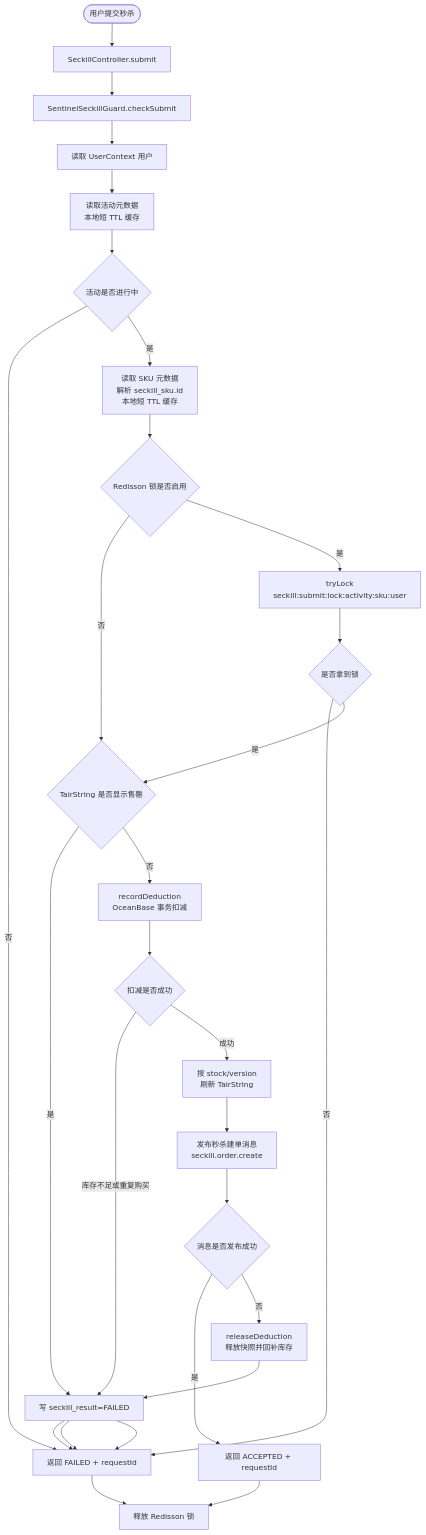
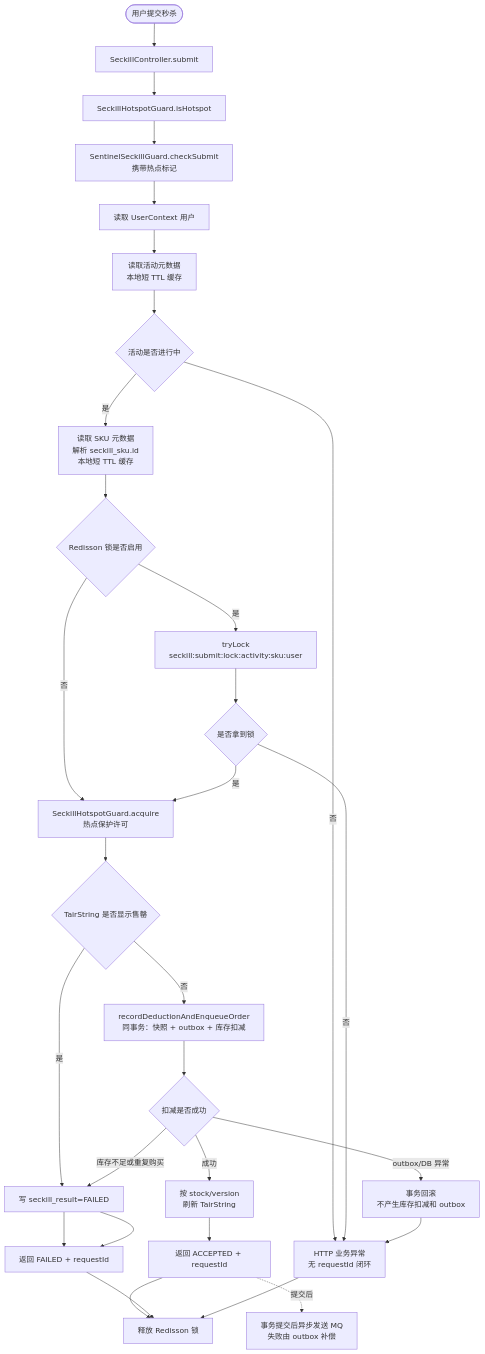
The second of 6 diagrams in docs/seckill-current-architecture-flow.md (fenglingyidong/mall), drawn with Mermaid before and after one commit. The commit also changed other lines of this file and 40 other files, not shown here.

````diff
--- a/docs/seckill-current-architecture-flow.md
+++ b/docs/seckill-current-architecture-flow.md
@@ -81,40 +92,45 @@
 ```mermaid
 flowchart TD
     Start([用户提交秒杀])
     Api[SeckillController.submit]
-    Limit[SentinelSeckillGuard.checkSubmit]
+    HotspotCheck[SeckillHotspotGuard.isHotspot]
+    Limit[SentinelSeckillGuard.checkSubmit<br/>携带热点标记]
     User[读取 UserContext 用户]
     Activity[读取活动元数据<br/>本地短 TTL 缓存]
     Active{活动是否进行中}
     Sku[读取 SKU 元数据<br/>解析 seckill_sku.id<br/>本地短 TTL 缓存]
     LockEnabled{Redisson 锁是否启用}
     Lock[tryLock<br/>seckill:submit:lock:activity:sku:user]
     LockOk{是否拿到锁}
+    HotspotPermit[SeckillHotspotGuard.acquire<br/>热点保护许可]
     CacheSoldOut{TairString 是否显示售罄}
-    Deduct[recordDeduction<br/>OceanBase 事务扣减]
+    Deduct[recordDeductionAndEnqueueOrder<br/>同事务：快照 + outbox + 库存扣减]
     DeductOk{扣减是否成功}
     Refresh[按 stock/version<br/>刷新 TairString]
-    Publish[发布秒杀建单消息<br/>seckill.order.create]
-    PublishOk{消息是否发布成功}
-    Release[releaseDeduction<br/>释放快照并回补库存]
+    AfterCommit[事务提交后异步发送 MQ<br/>失败由 outbox 补偿]
     SaveFail[写 seckill_result=FAILED]
     Accepted[返回 ACCEPTED + requestId]
     Failed[返回 FAILED + requestId]
+    Rollback[事务回滚<br/>不产生库存扣减和 outbox]
+    Rejected[HTTP 业务异常<br/>无 requestId 闭环]
     Unlock[释放 Redisson 锁]
 
-    Start --> Api --> Limit --> User --> Activity --> Active
-    Active -- 否 --> Failed
+    Start --> Api --> HotspotCheck --> Limit --> User --> Activity --> Active
+    Active -- 否 --> Rejected
     Active -- 是 --> Sku --> LockEnabled
-    LockEnabled -- 否 --> CacheSoldOut
+    LockEnabled -- 否 --> HotspotPermit
     LockEnabled -- 是 --> Lock --> LockOk
-    LockOk -- 否 --> Failed
-    LockOk -- 是 --> CacheSoldOut
+    LockOk -- 否 --> Rejected
+    LockOk -- 是 --> HotspotPermit
+    HotspotPermit --> CacheSoldOut
     CacheSoldOut -- 是 --> SaveFail --> Failed
     CacheSoldOut -- 否 --> Deduct --> DeductOk
     DeductOk -- 库存不足或重复购买 --> SaveFail --> Failed
-    DeductOk -- 成功 --> Refresh --> Publish --> PublishOk
-    PublishOk -- 是 --> Accepted
-    PublishOk -- 否 --> Release --> SaveFail --> Failed
+    DeductOk -- 成功 --> Refresh --> Accepted
+    DeductOk -- outbox/DB 异常 --> Rollback
+    Accepted -. 提交后 .-> AfterCommit
+    Rollback --> Rejected
     Accepted --> Unlock
     Failed --> Unlock
+    Rejected --> Unlock
 ```
````
